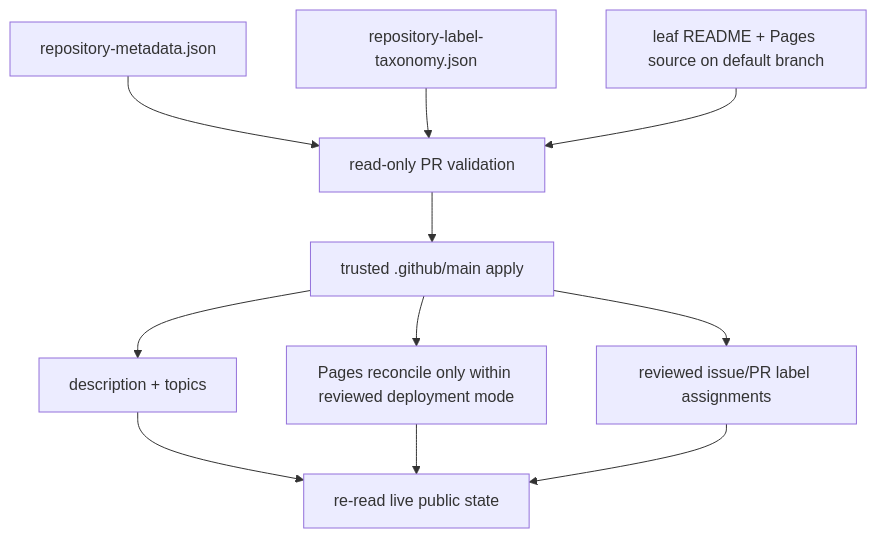
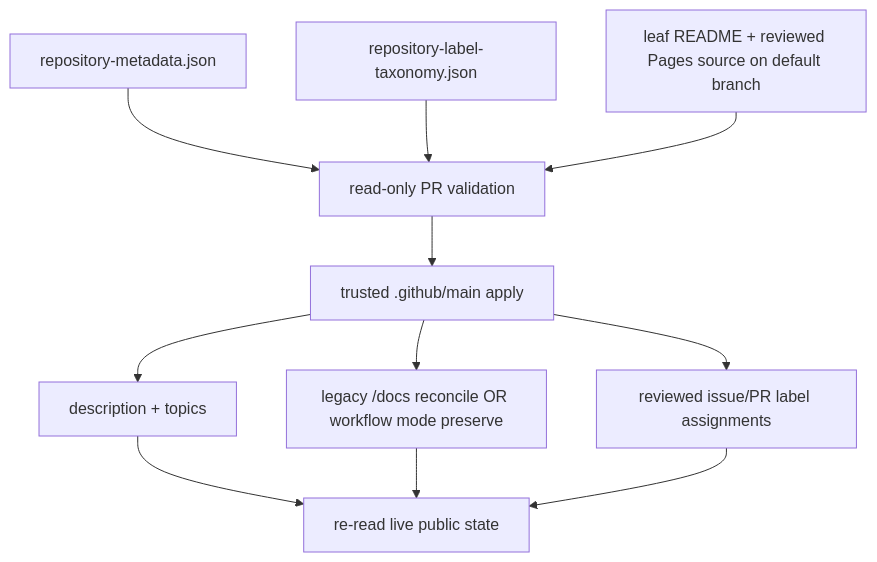
Before and after one commit to ContextualWisdomLab/.github: the diagram in docs/doctoring/repository-public-surface-reconciliation.md, drawn with Mermaid. The commit also changed other lines of this file, not shown here.

Commit message:
docs(metadata): reconcile 17-repo fleet with workflow Pages

````diff
--- a/docs/doctoring/repository-public-surface-reconciliation.md
+++ b/docs/doctoring/repository-public-surface-reconciliation.md
@@ -15,23 +15,23 @@
 ```mermaid
 flowchart TD
   Manifest["repository-metadata.json"]
   Taxonomy["repository-label-taxonomy.json"]
   Validate["read-only PR validation"]
-  Leaf["leaf README + Pages source on default branch"]
+  Leaf["leaf README + reviewed Pages source on default branch"]
   Apply["trusted .github/main apply"]
   Metadata["description + topics"]
-  Pages["Pages reconcile only within reviewed deployment mode"]
+  Pages["legacy /docs reconcile OR workflow mode preserve"]
   Labels["reviewed issue/PR label assignments"]
   Verify["re-read live public state"]
 
   Manifest --> Validate
   Taxonomy --> Validate
   Leaf --> Validate
   Validate --> Apply
   Apply --> Metadata
   Apply --> Pages
   Apply --> Labels
   Metadata --> Verify
   Pages --> Verify
   Labels --> Verify
 ```
````
